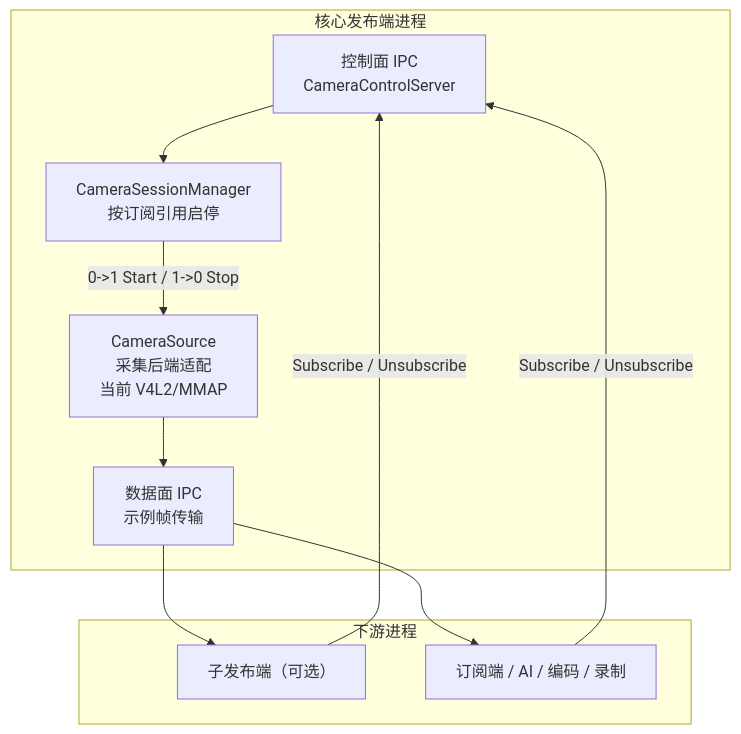
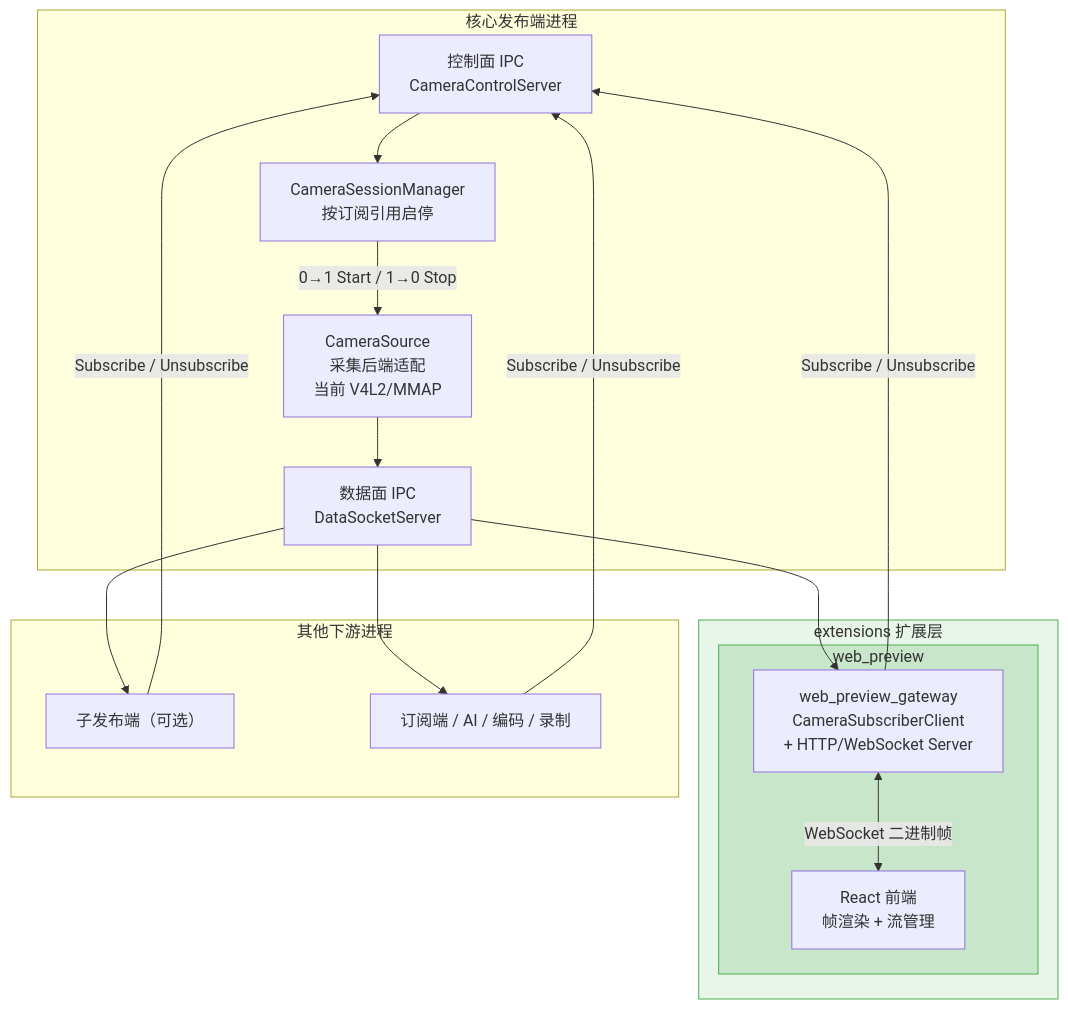
Before and after one commit to SuycxZMZ/CameraSubsystem: the second of 3 diagrams in README.md, drawn with Mermaid. The commit also changed other lines of this file and 2 other files, not shown here.

First line of the commit message:
[文档] 完善 README.md：项目结构图、架构图、开发板与运行截图

````diff
--- a/README.md
+++ b/README.md
@@ -115,22 +150,35 @@
 ```mermaid
 flowchart TB
     subgraph Publisher["核心发布端进程"]
         Control["控制面 IPC<br/>CameraControlServer"]
         Session["CameraSessionManager<br/>按订阅引用启停"]
         Source["CameraSource<br/>采集后端适配<br/>当前 V4L2/MMAP"]
-        Data["数据面 IPC<br/>示例帧传输"]
+        Data["数据面 IPC<br/>DataSocketServer"]
     end
 
-    subgraph Consumers["下游进程"]
+    subgraph Extensions["extensions 扩展层"]
+        subgraph WebPreview["web_preview"]
+            GW["web_preview_gateway<br/>CameraSubscriberClient<br/>+ HTTP/WebSocket Server"]
+            Frontend["React 前端<br/>帧渲染 + 流管理"]
+        end
+    end
+
+    subgraph Consumers["其他下游进程"]
         SubPublisher["子发布端（可选）"]
         Subscriber["订阅端 / AI / 编码 / 录制"]
     end
 
+    GW -->|Subscribe / Unsubscribe| Control
     SubPublisher -->|Subscribe / Unsubscribe| Control
     Subscriber -->|Subscribe / Unsubscribe| Control
     Control --> Session
-    Session -->|0->1 Start / 1->0 Stop| Source
+    Session -->|0→1 Start / 1→0 Stop| Source
     Source --> Data
+    Data --> GW
     Data --> SubPublisher
     Data --> Subscriber
+    GW <-->|WebSocket 二进制帧| Frontend
+
+    style Extensions fill:#e8f5e9,stroke:#4caf50
+    style WebPreview fill:#c8e6c9,stroke:#4caf50
 ```
````
